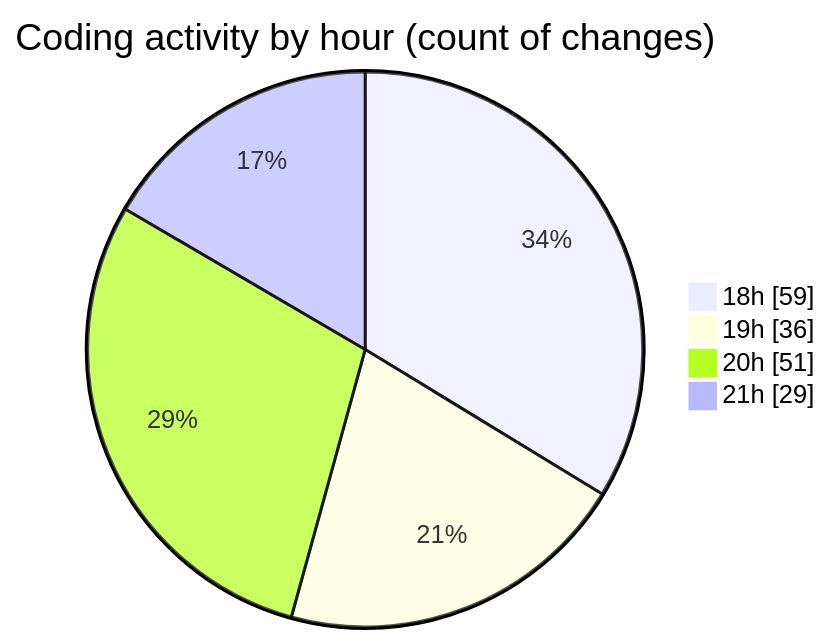
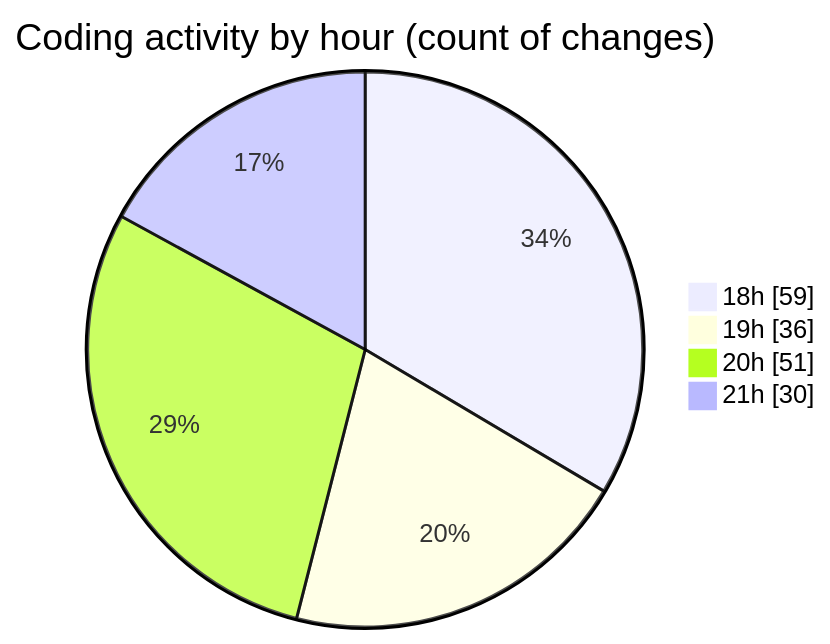
Before and after one commit to Netris89/code-tracking: the second of 2 diagrams in 2025-04-02/back-end/README.md, drawn with Mermaid. The commit also changed other lines of this file and 1 other file, not shown here.

````diff
--- a/2025-04-02/back-end/README.md
+++ b/2025-04-02/back-end/README.md
@@ -40,8 +40,8 @@
 ```mermaid
 pie showData
 title Coding activity by hour (count of changes)
 "18h" : 59
 "19h" : 36
 "20h" : 51
-"21h" : 29
+"21h" : 30
 ```
````
